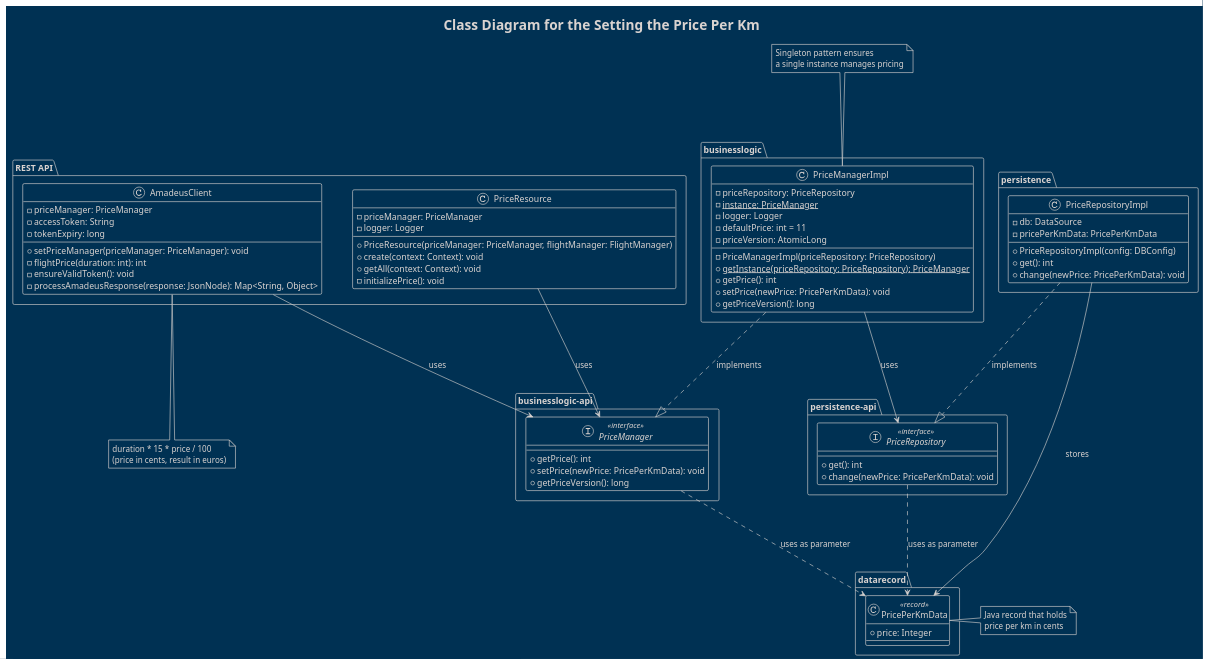
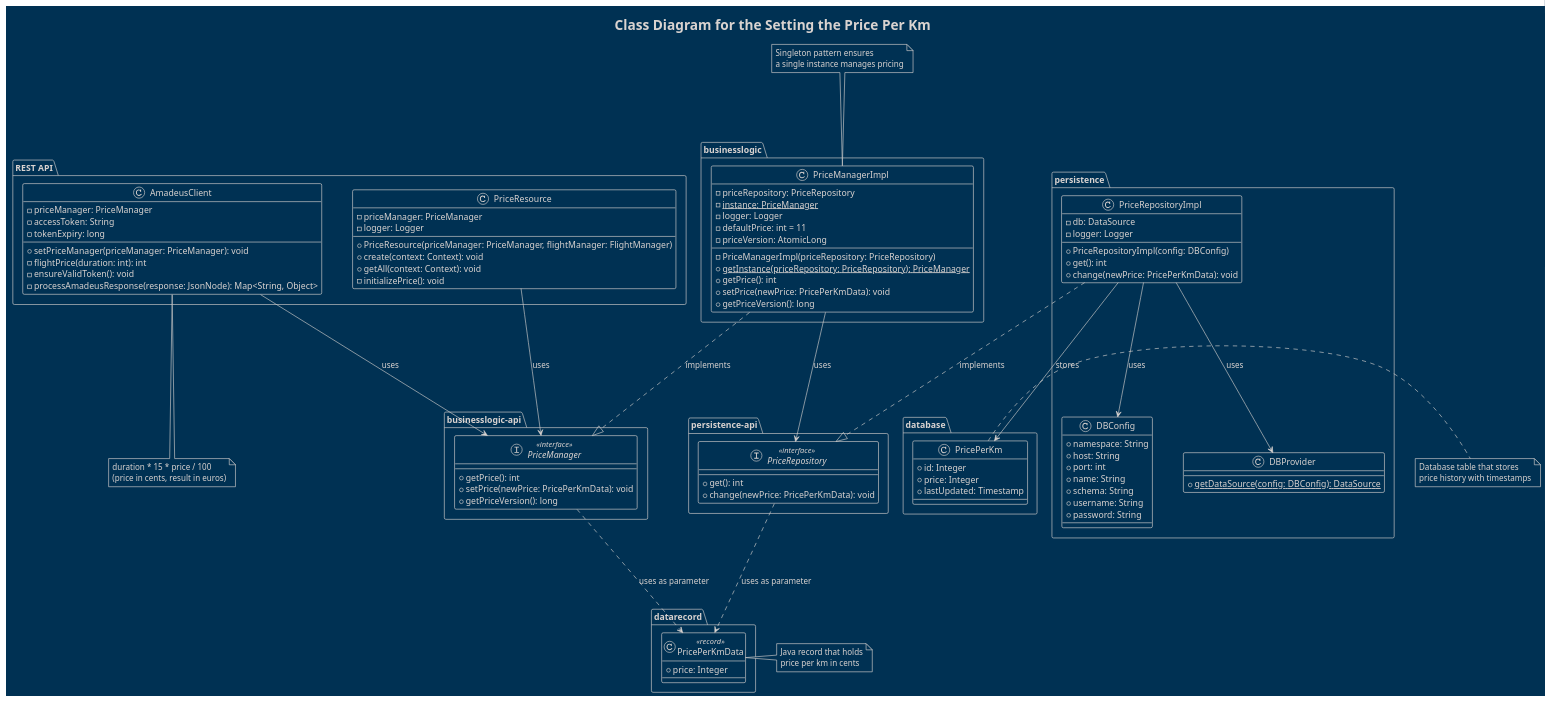
One commit to Leonardo-Notargiacomo/SkyVoyage changed the diagram in design/classDiagrams/setPricePerKm.puml. Above: the diagram before and after it, drawn with PlantUML.

```diff
--- a/design/classDiagrams/setPricePerKm.puml
+++ b/design/classDiagrams/setPricePerKm.puml
@@ -1,106 +1,135 @@
 @startuml
 !theme blueprint
 
 skinparam shadowing false
 
 ' Increase spacing around packages
 skinparam nodesep 50
 skinparam ranksep 150
 skinparam packageMargin 20
 
 title Class Diagram for the Setting the Price Per Km
 
 package "REST API" {
   class PriceResource {
     - priceManager: PriceManager
     - logger: Logger
     + PriceResource(priceManager: PriceManager, flightManager: FlightManager)
     + create(context: Context): void
     + getAll(context: Context): void
     - initializePrice(): void
   }
 
   class AmadeusClient {
     - priceManager: PriceManager
     - accessToken: String
     - tokenExpiry: long
     + setPriceManager(priceManager: PriceManager): void
     - flightPrice(duration: int): int
     - ensureValidToken(): void
     - processAmadeusResponse(response: JsonNode): Map<String, Object>
   }
 }
 
 package "businesslogic-api" {
   interface PriceManager <<interface>> {
     + getPrice(): int
     + setPrice(newPrice: PricePerKmData): void
     + getPriceVersion(): long
   }
 }
 
 package "businesslogic" {
   class PriceManagerImpl {
     - priceRepository: PriceRepository
     - {static} instance: PriceManager
     - logger: Logger
     - defaultPrice: int = 11
     - priceVersion: AtomicLong
     - PriceManagerImpl(priceRepository: PriceRepository)
     + {static} getInstance(priceRepository: PriceRepository): PriceManager
     + getPrice(): int
     + setPrice(newPrice: PricePerKmData): void
     + getPriceVersion(): long
   }
 }
 
 package "persistence-api" {
   interface PriceRepository <<interface>> {
     + get(): int
     + change(newPrice: PricePerKmData): void
   }
 }
 
 package "persistence" {
   class PriceRepositoryImpl {
     - db: DataSource
-    - pricePerKmData: PricePerKmData
+    - logger: Logger
     + PriceRepositoryImpl(config: DBConfig)
     + get(): int
     + change(newPrice: PricePerKmData): void
+  }
+
+  class DBConfig {
+    + namespace: String
+    + host: String
+    + port: int
+    + name: String
+    + schema: String
+    + username: String
+    + password: String
+  }
+
+  class DBProvider {
+    + {static} getDataSource(config: DBConfig): DataSource
+  }
+}
+
+package "database" {
+  class PricePerKm {
+    + id: Integer
+    + price: Integer
+    + lastUpdated: Timestamp
   }
 }
 
 package "datarecord" {
   class PricePerKmData <<record>> {
     + price: Integer
   }
 }
 
 ' Relationships
 PriceResource --> PriceManager : uses
 PriceManagerImpl ..|> PriceManager : implements
 PriceManagerImpl --> PriceRepository : uses
 PriceRepositoryImpl ..|> PriceRepository : implements
-PriceRepositoryImpl --> PricePerKmData : stores
+PriceRepositoryImpl --> DBConfig : uses
+PriceRepositoryImpl --> DBProvider : uses
+PriceRepositoryImpl --> PricePerKm : stores
 AmadeusClient --> PriceManager : uses
 PriceManager ..> PricePerKmData : uses as parameter
 PriceRepository ..> PricePerKmData : uses as parameter
 
 ' Notes
 note bottom of AmadeusClient
   duration * 15 * price / 100
   (price in cents, result in euros)
 end note
 
 note top of PriceManagerImpl
   Singleton pattern ensures
   a single instance manages pricing
 end note
 
 note right of PricePerKmData
   Java record that holds
   price per km in cents
 end note
 
+note right of PricePerKm
+  Database table that stores
+  price history with timestamps
+end note
+
 @enduml
```
